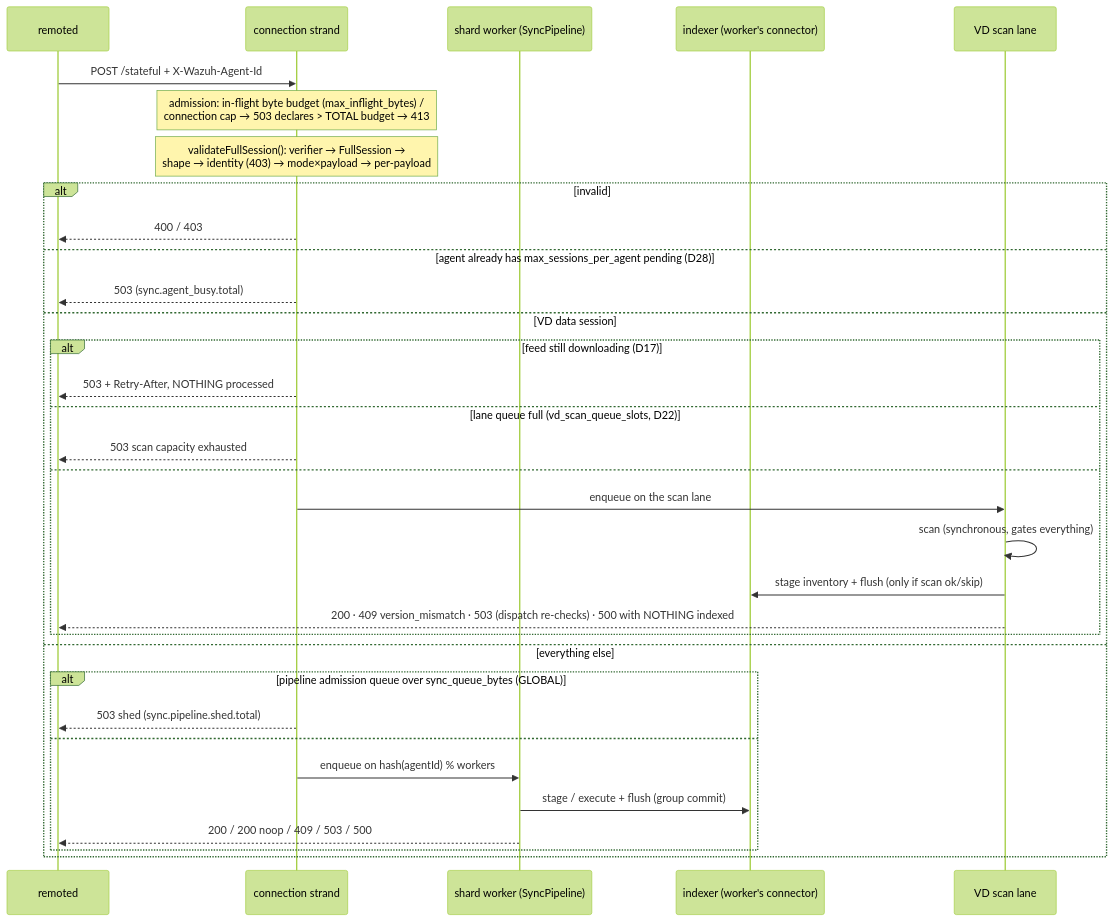
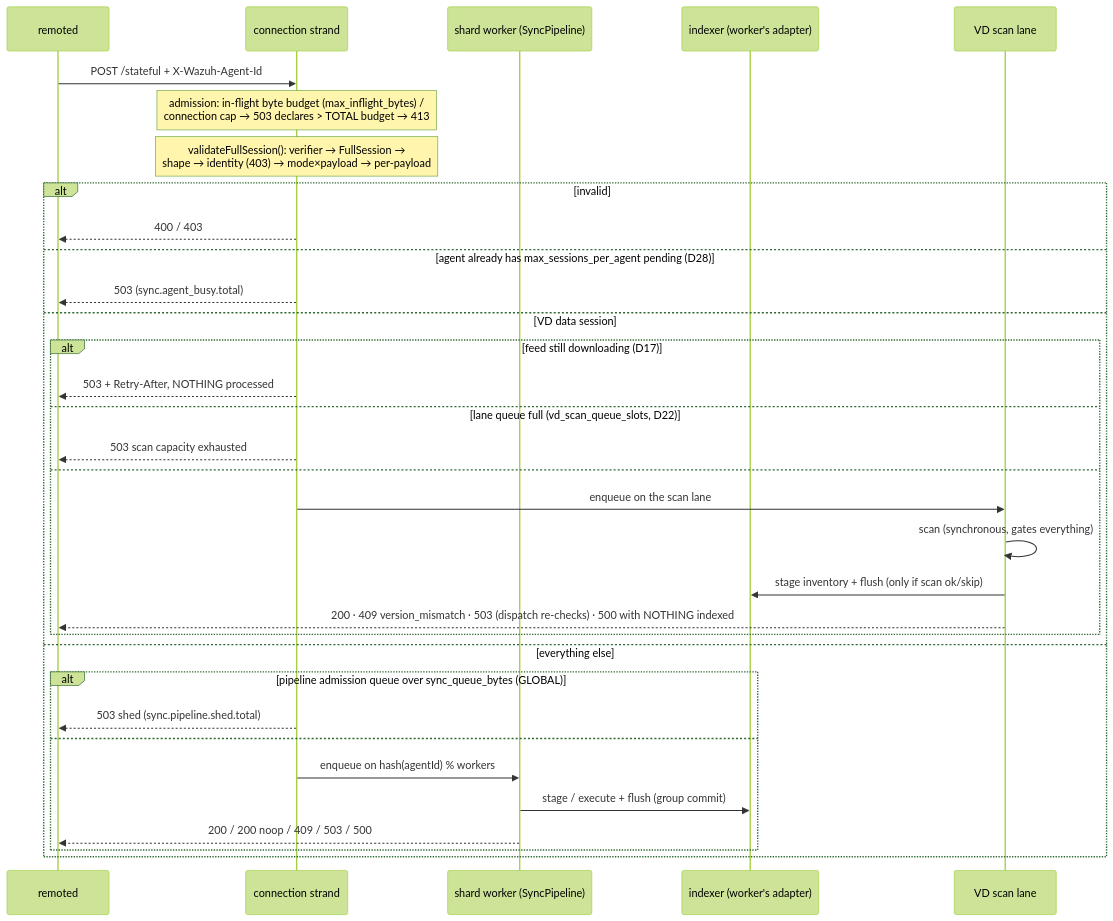
One commit to wazuh/wazuh changed the first of 3 diagrams in src/wazuh_modules/inventory_sync_server/README.md. Above: the diagram before and after it, drawn with Mermaid (forest theme). The commit also changed other lines of this file and 36 other files, not shown here.

````diff
--- a/src/wazuh_modules/inventory_sync_server/README.md
+++ b/src/wazuh_modules/inventory_sync_server/README.md
@@ -323,35 +333,35 @@
 ```mermaid
 sequenceDiagram
     participant R as remoted
     participant S as connection strand
     participant Q as shard worker (SyncPipeline)
-    participant IDX as indexer (worker's connector)
+    participant IDX as indexer (worker's adapter)
     participant VQ as VD scan lane
     R->>S: POST /stateful + X-Wazuh-Agent-Id
     Note over S: admission: in-flight byte budget (max_inflight_bytes) /<br/>connection cap → 503 declares > TOTAL budget → 413
     Note over S: validateFullSession(): verifier → FullSession →<br/>shape → identity (403) → mode×payload → per-payload
     alt invalid
         S-->>R: 400 / 403
     else agent already has max_sessions_per_agent pending (D28)
         S-->>R: 503 (sync.agent_busy.total)
     else VD data session
         alt feed still downloading (D17)
             S-->>R: 503 + Retry-After, NOTHING processed
         else lane queue full (vd_scan_queue_slots, D22)
             S-->>R: 503 scan capacity exhausted
         else
             S->>VQ: enqueue on the scan lane
             VQ->>VQ: scan (synchronous, gates everything)
             VQ->>IDX: stage inventory + flush (only if scan ok/skip)
             VQ-->>R: 200 · 409 version_mismatch · 503 (dispatch re-checks) · 500 with NOTHING indexed
         end
     else everything else
         alt pipeline admission queue over sync_queue_bytes (GLOBAL)
             S-->>R: 503 shed (sync.pipeline.shed.total)
         else
             S->>Q: enqueue on hash(agentId) % workers
             Q->>IDX: stage / execute + flush (group commit)
             Q-->>R: 200 / 200 noop / 409 / 503 / 500
         end
     end
 ```
````
